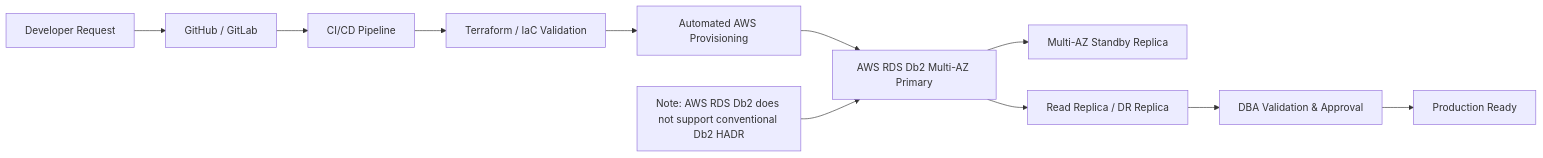
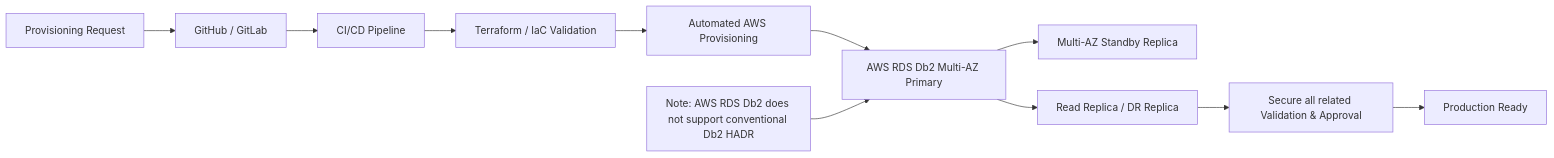
One commit to sunilraina0001-tech/hrs-dba-assessment changed the third of 3 diagrams in Problem1_Near_ZeroDowntimeDB2Migration8TB.md. Above: the diagram before and after it, drawn with Mermaid.

````diff
--- a/Problem1_Near_ZeroDowntimeDB2Migration8TB.md
+++ b/Problem1_Near_ZeroDowntimeDB2Migration8TB.md
@@ -197,18 +197,18 @@
 ```mermaid
 flowchart LR
 
-A[Developer Request] --> B[GitHub / GitLab]
+A[Provisioning Request] --> B[GitHub / GitLab]
 B --> C[CI/CD Pipeline]
 C --> D[Terraform / IaC Validation]
 D --> E[Automated AWS Provisioning]
 
 E --> F[AWS RDS Db2 Multi-AZ Primary]
 F --> G[Multi-AZ Standby Replica]
 F --> H[Read Replica / DR Replica]
 
-H --> I[DBA Validation & Approval]
+H --> I[Secure all related Validation & Approval]
 I --> J[Production Ready]
 
 K[Note: AWS RDS Db2 does not support conventional Db2 HADR]
 K --> F
 ```
````
